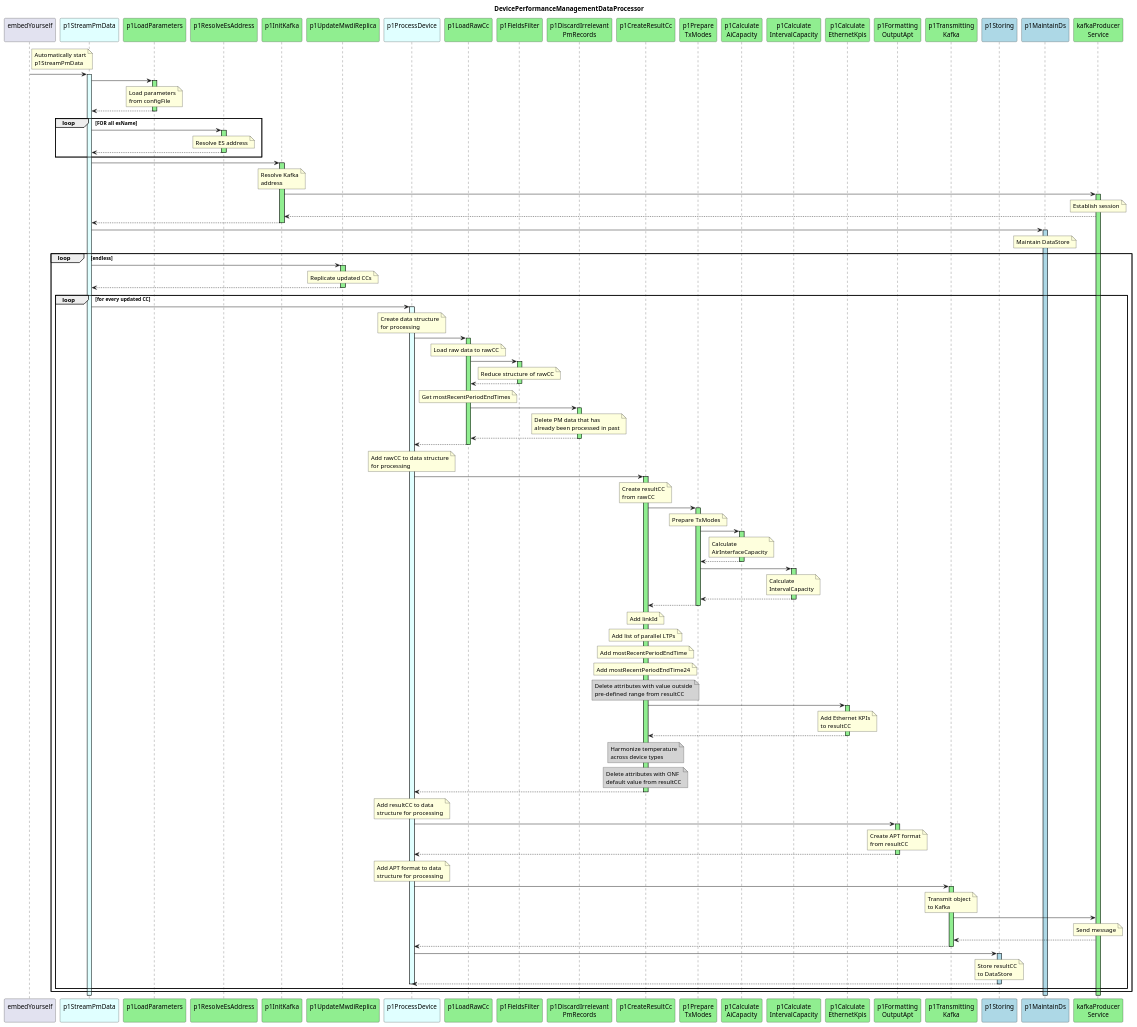
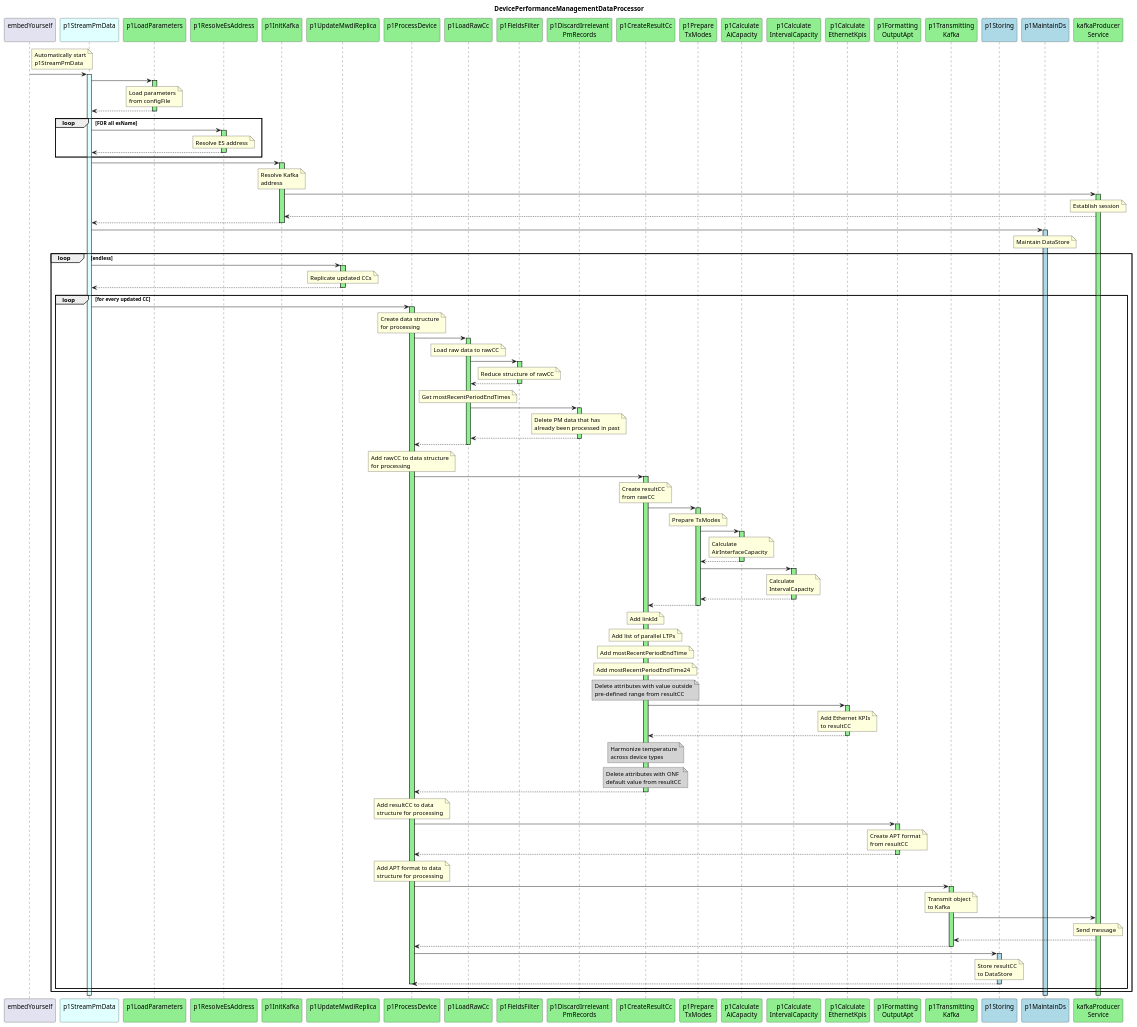
The diagram in spec/diagrams/hl_sequence.plantuml (openBackhaul/DevicePerformanceManagementDataProcessor), drawn with PlantUML before and after one commit. The commit also changed 15 other files, not shown here.

Commit message:
Review p1ProcessDevice

```diff
--- a/spec/diagrams/hl_sequence.plantuml
+++ b/spec/diagrams/hl_sequence.plantuml
@@ -12,7 +12,7 @@
 participant "p1InitKafka\n" as p1InitKafka #LightGreen
 participant "p1UpdateMwdiReplica\n" as p1UMR #LightGreen
 
-participant "p1ProcessDevice\n" as p1ProcessPm #LightCyan
+participant "p1ProcessDevice\n" as p1ProcessPm #LightGreen
 
 participant "p1LoadRawCc\n" as p1AddRaw #LightGreen
 participant "p1FieldsFilter\n" as p1FieldsFilter #LightGreen
@@ -99,7 +99,7 @@
     Loop for every updated CC
 
       p1RMWDI -> p1ProcessPm
-      activate p1ProcessPm #LightCyan
+      activate p1ProcessPm #LightGreen
 
         note over p1ProcessPm
           Create data structure
```
